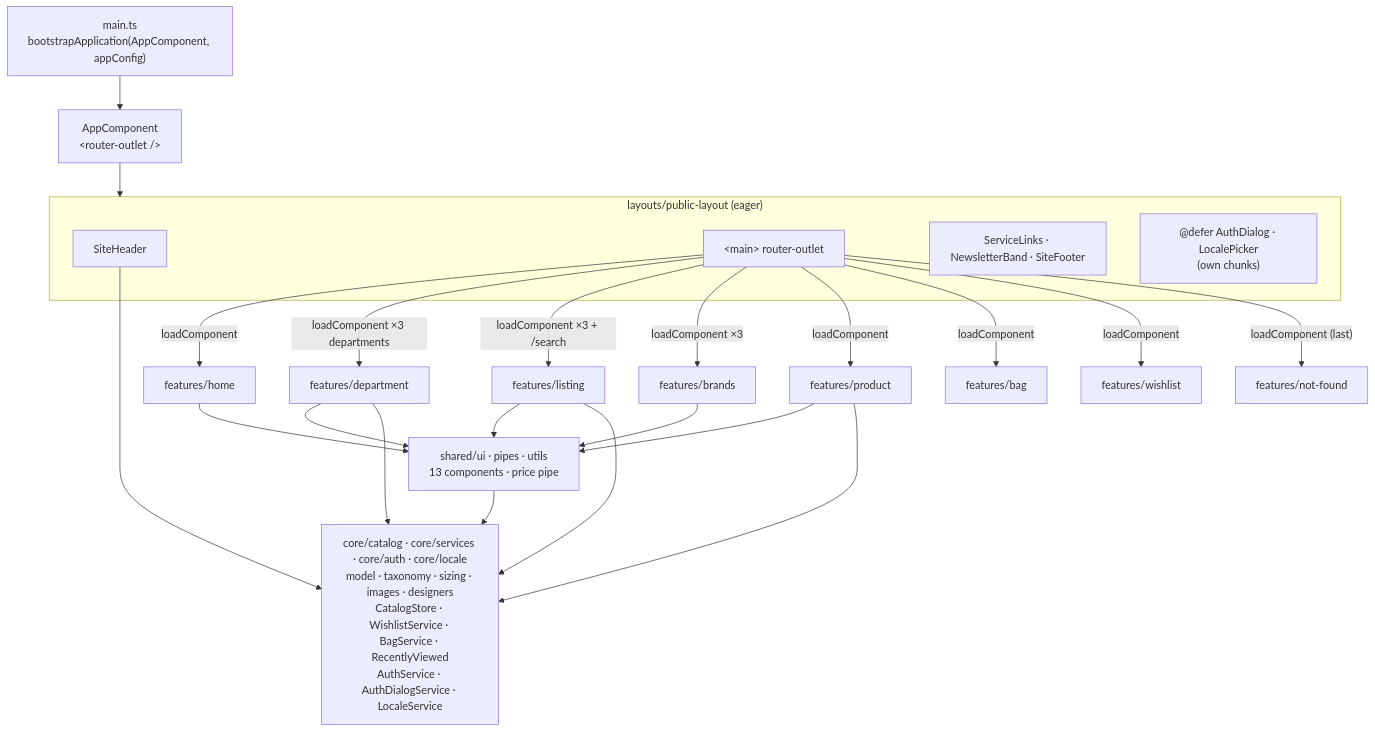
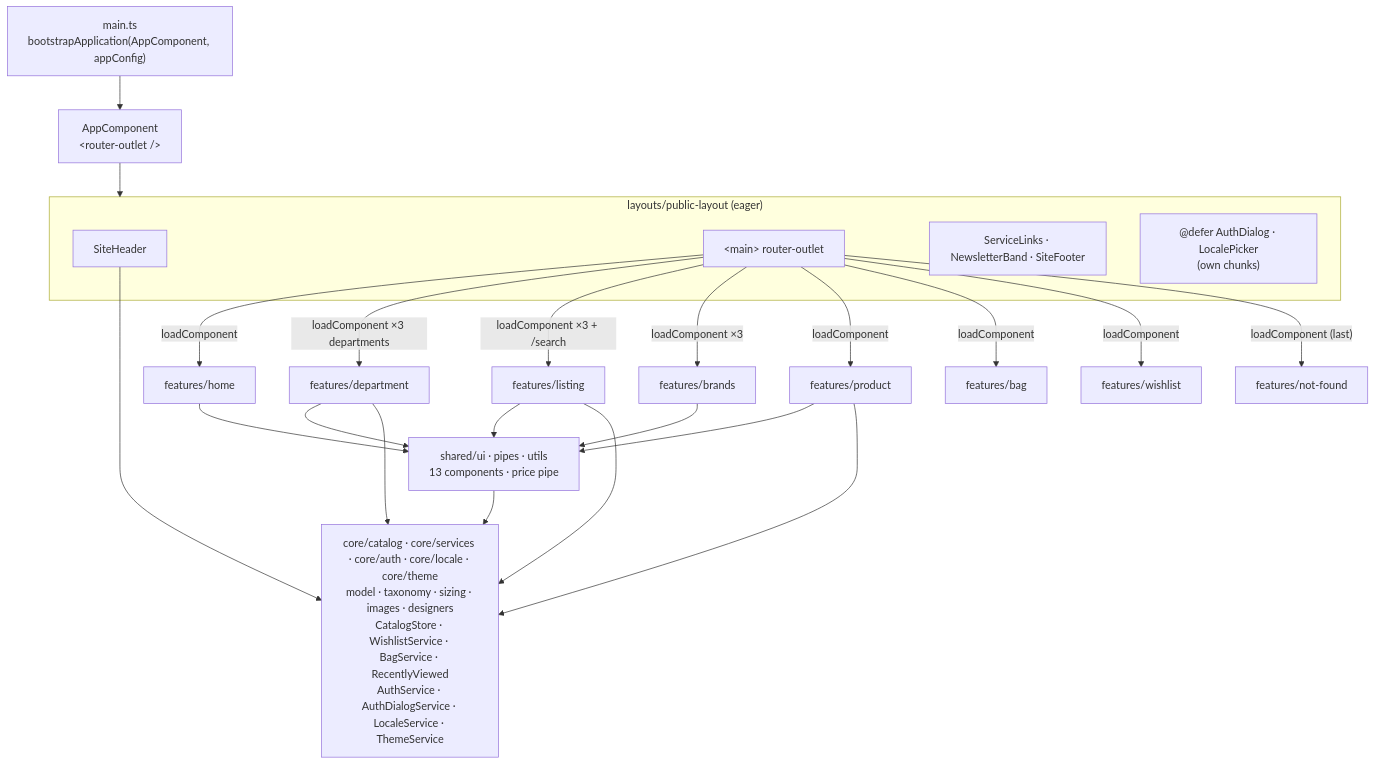
One commit to CristianSifuentes/stitchFarfetchStoreOnline changed the first of 2 diagrams in README.md. Above: the diagram before and after it, drawn with Mermaid. The commit also changed other lines of this file and 16 other files, not shown here.

````diff
--- a/README.md
+++ b/README.md
@@ -167,35 +167,35 @@
 ```mermaid
 flowchart TD
     main["main.ts<br/>bootstrapApplication(AppComponent, appConfig)"] --> App["AppComponent<br/>&lt;router-outlet /&gt;"]
     App --> Layout
 
     subgraph Layout["layouts/public-layout (eager)"]
       Header["SiteHeader"]
       Outlet["&lt;main&gt; router-outlet"]
       Below["ServiceLinks · NewsletterBand · SiteFooter"]
       Auth["@defer AuthDialog · LocalePicker<br/>(own chunks)"]
     end
 
     Outlet -->|loadComponent| Home["features/home"]
     Outlet -->|"loadComponent ×3 departments"| Dept["features/department"]
     Outlet -->|"loadComponent ×3 + /search"| Listing["features/listing"]
     Outlet -->|"loadComponent ×3"| Brands["features/brands"]
     Outlet -->|loadComponent| Product["features/product"]
     Outlet -->|loadComponent| Bag["features/bag"]
     Outlet -->|loadComponent| Wish["features/wishlist"]
     Outlet -->|"loadComponent (last)"| NotFound["features/not-found"]
 
     Shared["shared/ui · pipes · utils<br/>13 components · price pipe"]
-    Core["core/catalog · core/services · core/auth · core/locale<br/>model · taxonomy · sizing · images · designers<br/>CatalogStore · WishlistService · BagService · RecentlyViewed<br/>AuthService · AuthDialogService · LocaleService"]
+    Core["core/catalog · core/services · core/auth · core/locale · core/theme<br/>model · taxonomy · sizing · images · designers<br/>CatalogStore · WishlistService · BagService · RecentlyViewed<br/>AuthService · AuthDialogService · LocaleService · ThemeService"]
 
     Home --> Shared
     Dept --> Shared
     Listing --> Shared
     Brands --> Shared
     Product --> Shared
     Shared --> Core
     Dept --> Core
     Listing --> Core
     Product --> Core
     Header --> Core
 ```
````
